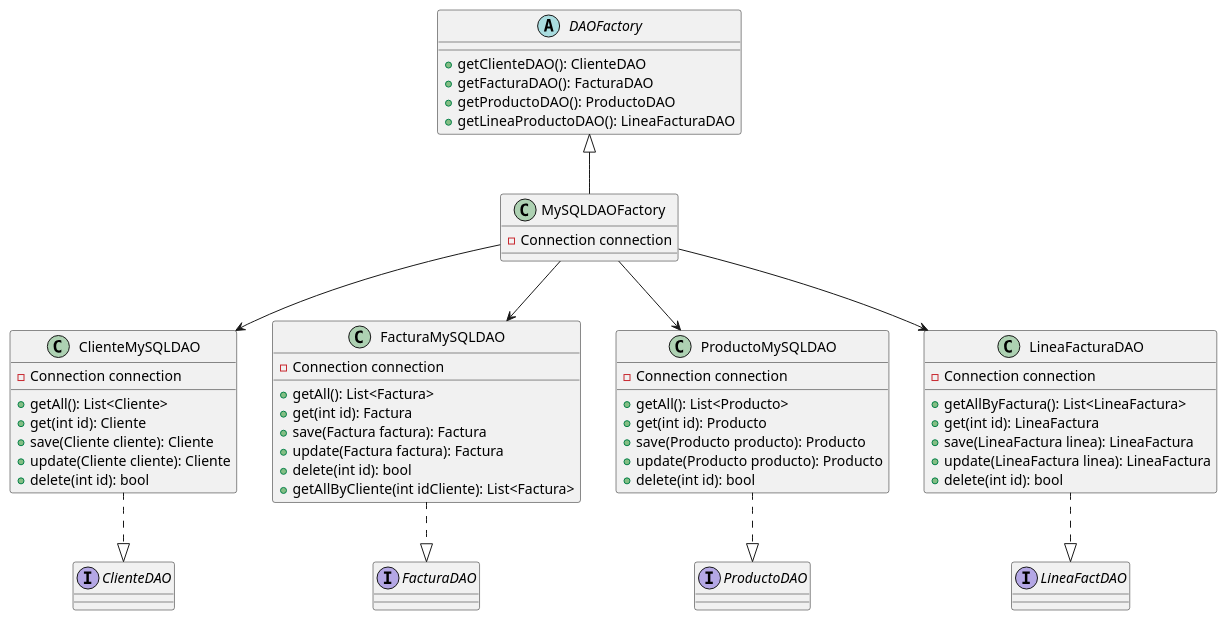
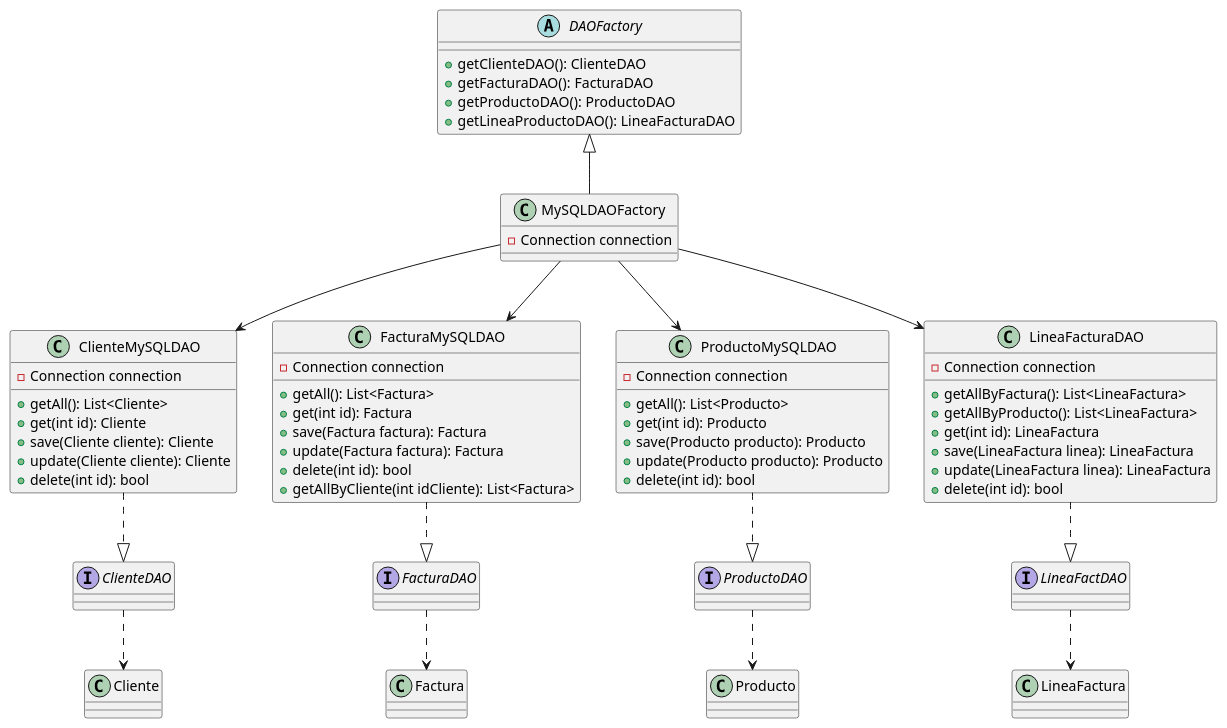
One commit to vanpozzobon/ARQ_integrador_1 changed the diagram in integrador1.puml. Above: the diagram before and after it, drawn with PlantUML. The commit also changed 16 other files, not shown here.

```diff
--- a/integrador1.puml
+++ b/integrador1.puml
@@ -1,75 +1,89 @@
 @startuml
 
 ' Interfaces
 interface ClienteDAO
 interface FacturaDAO
 interface ProductoDAO
 interface LineaFactDAO
 
 ' Clase base DAOFactory
 abstract class DAOFactory {
     +getClienteDAO(): ClienteDAO
     +getFacturaDAO(): FacturaDAO
     +getProductoDAO(): ProductoDAO
     +getLineaProductoDAO(): LineaFacturaDAO
 }
 
 ' Subclase MySQLDAOFactory
 class MySQLDAOFactory {
     -Connection connection
 
 }
 
 DAOFactory <|-- MySQLDAOFactory
 
 ' DAO concretos
 class ClienteMySQLDAO {
     -Connection connection
     +getAll(): List<Cliente>
     +get(int id): Cliente
     +save(Cliente cliente): Cliente
     +update(Cliente cliente): Cliente
     +delete(int id): bool
 }
 
 class FacturaMySQLDAO {
     -Connection connection
     +getAll(): List<Factura>
     +get(int id): Factura
     +save(Factura factura): Factura
     +update(Factura factura): Factura
     +delete(int id): bool
     +getAllByCliente(int idCliente): List<Factura>
 }
 
 class ProductoMySQLDAO {
     -Connection connection
     +getAll(): List<Producto>
     +get(int id): Producto
     +save(Producto producto): Producto
     +update(Producto producto): Producto
     +delete(int id): bool
 }
 
 class LineaFacturaDAO {
     -Connection connection
     +getAllByFactura(): List<LineaFactura>
+     +getAllByProducto(): List<LineaFactura>
     +get(int id): LineaFactura
     +save(LineaFactura linea): LineaFactura
     +update(LineaFactura linea): LineaFactura
     +delete(int id): bool
 }
+
+class Factura{}
+class Cliente{}
+class LineaFactura{}
+class Producto{}
 
 ' Relaciones de implementación
 ClienteMySQLDAO ..|> ClienteDAO
 FacturaMySQLDAO ..|> FacturaDAO
 ProductoMySQLDAO ..|> ProductoDAO
 LineaFacturaDAO ..|> LineaFactDAO
 
 ' Relaciones con la factory
 MySQLDAOFactory --> ClienteMySQLDAO
 MySQLDAOFactory --> FacturaMySQLDAO
 MySQLDAOFactory --> ProductoMySQLDAO
 MySQLDAOFactory --> LineaFacturaDAO
 
+
+'Para mi los metodos van en la interfaz...
+ProductoDAO ..> Producto
+LineaFactDAO ..> LineaFactura
+FacturaDAO ..> Factura
+ClienteDAO..>Cliente
+
+
 @enduml
```
